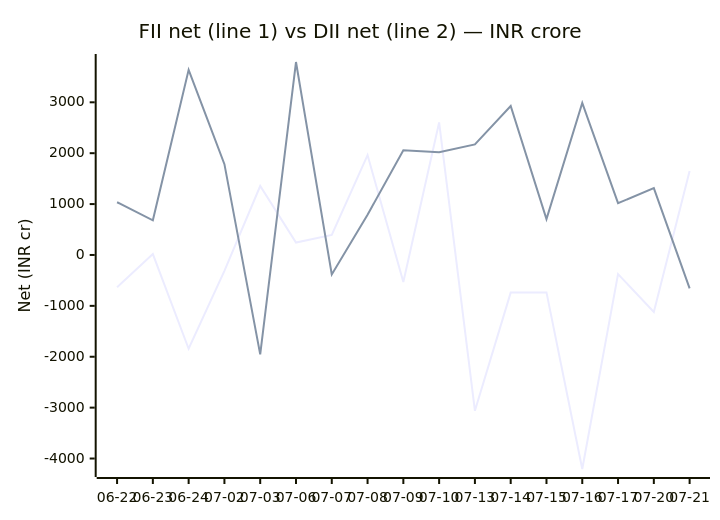
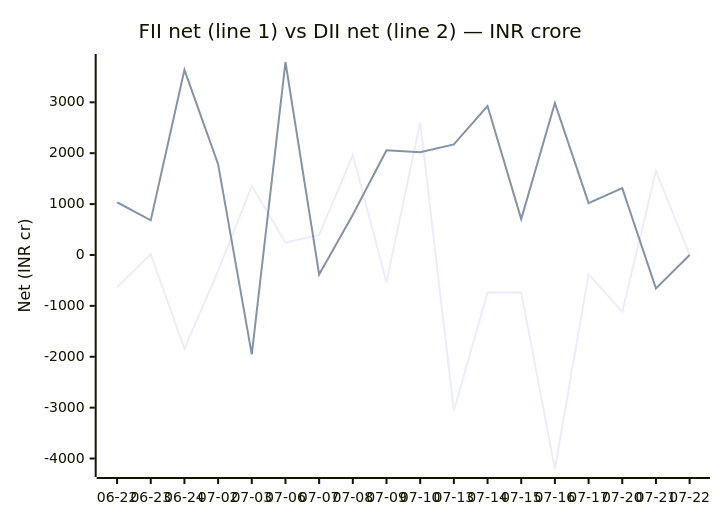
Before and after one commit to chirag127/api-fii-dii: the diagram in README.md, drawn with Mermaid. The commit also changed other lines of this file and 2 other files, not shown here.

Commit message:
data: scrape 2026-07-22

````diff
--- a/README.md
+++ b/README.md
@@ -21,8 +21,8 @@
 ```mermaid
 xychart-beta
     title "FII net (line 1) vs DII net (line 2) — INR crore"
-    x-axis ["06-22", "06-23", "06-24", "07-02", "07-03", "07-06", "07-07", "07-08", "07-09", "07-10", "07-13", "07-14", "07-15", "07-16", "07-17", "07-20", "07-21"]
+    x-axis ["06-22", "06-23", "06-24", "07-02", "07-03", "07-06", "07-07", "07-08", "07-09", "07-10", "07-13", "07-14", "07-15", "07-16", "07-17", "07-20", "07-21", "07-22"]
     y-axis "Net (INR cr)" -4206 --> 3792
-    line [-635.91, 17.86, -1843.4, -311.82, 1355.33, 243.03, 393.19, 1962.8, -532.86, 2603.72, -3062.27, -739.69, -735.83, -4205.56, -376.41, -1121.04, 1650.16]
-    line [1035.72, 680.21, 3637.26, 1784.4, -1953.89, 3791.42, -383.43, 790.16, 2057.79, 2019.68, 2171.7, 2927.71, 704.93, 2986.41, 1017.89, 1312.03, -656.88]
+    line [-635.91, 17.86, -1843.4, -311.82, 1355.33, 243.03, 393.19, 1962.8, -532.86, 2603.72, -3062.27, -739.69, -735.83, -4205.56, -376.41, -1121.04, 1650.16, 0]
+    line [1035.72, 680.21, 3637.26, 1784.4, -1953.89, 3791.42, -383.43, 790.16, 2057.79, 2019.68, 2171.7, 2927.71, 704.93, 2986.41, 1017.89, 1312.03, -656.88, 0]
 ```
````
